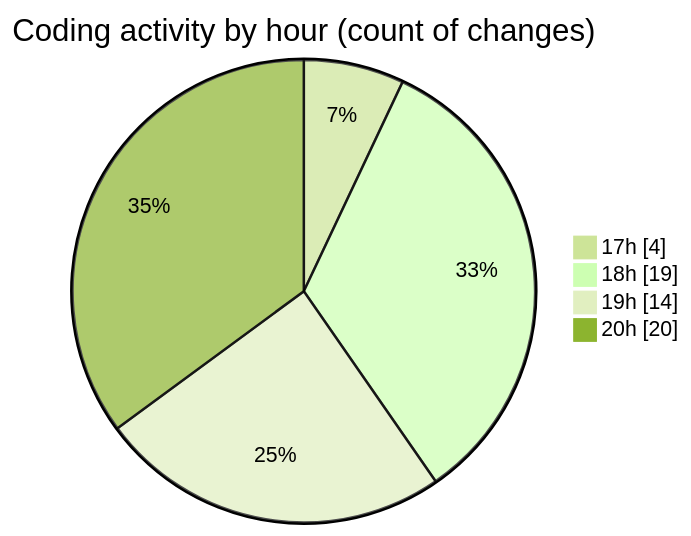
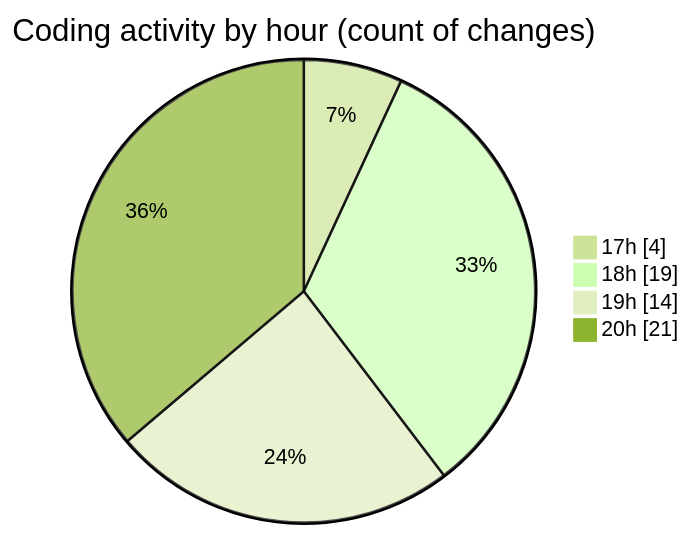
The second of 2 diagrams in 2025-03-18/myws__workspace_/README.md (MatusMokan/code-tracking), drawn with Mermaid (forest theme) before and after one commit. The commit also changed other lines of this file and 1 other file, not shown here.

````diff
--- a/2025-03-18/myws__workspace_/README.md
+++ b/2025-03-18/myws__workspace_/README.md
@@ -33,8 +33,8 @@
 ```mermaid
 pie showData
 title Coding activity by hour (count of changes)
 "17h" : 4
 "18h" : 19
 "19h" : 14
-"20h" : 20
+"20h" : 21
 ```
````
